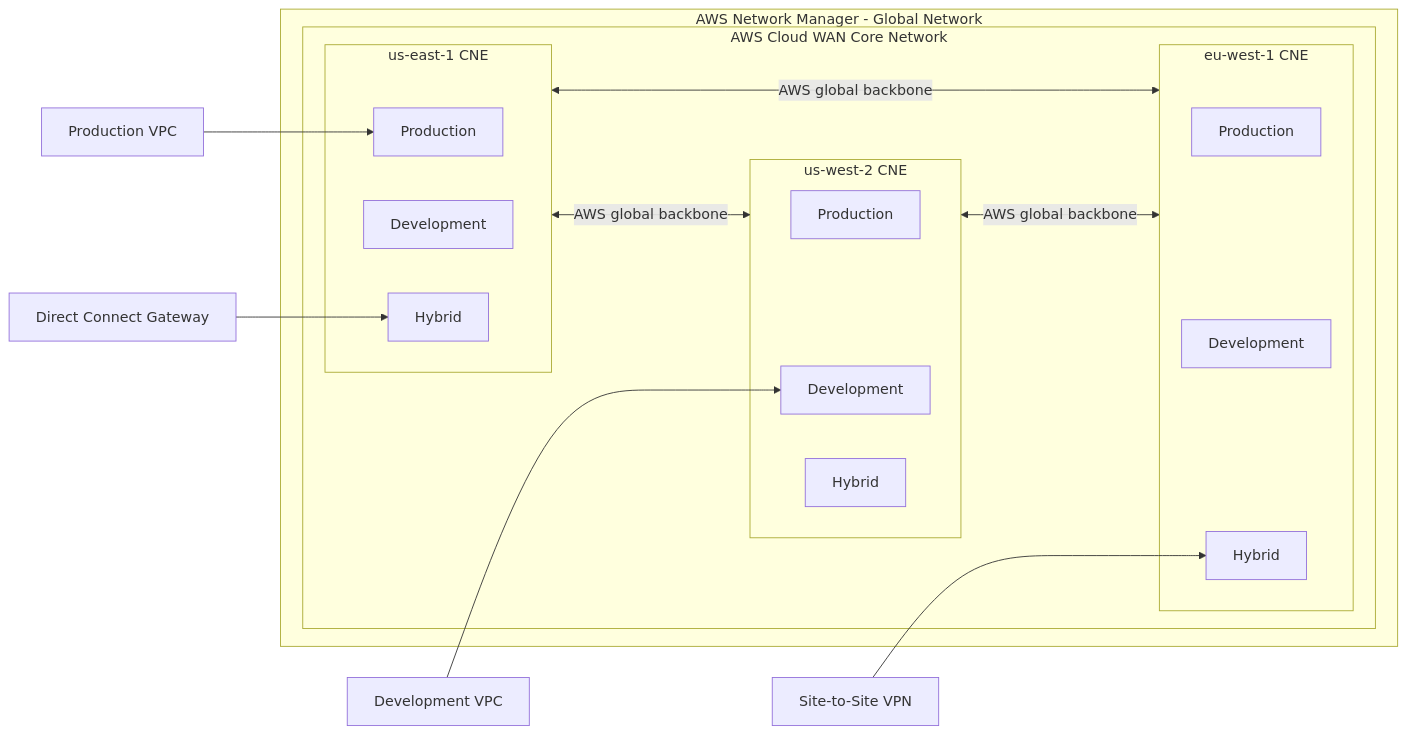
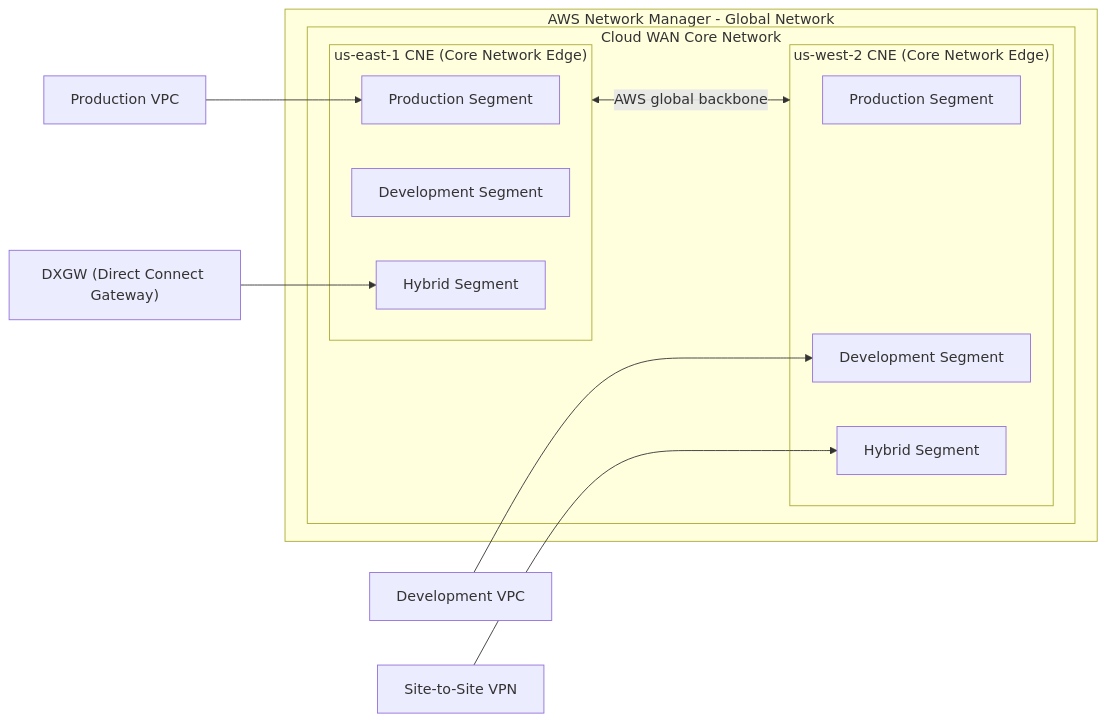
The first of 9 diagrams in 09-05-26-09-57_AWS_Cloud_WAN_Comprehensive_Study_Guide.md (ccaiccie/knowledge), drawn with Mermaid before and after one commit. The commit also changed other lines of this file, not shown here.

Commit message:
Clarify AWS Cloud WAN acronyms and terminology

````diff
--- a/09-05-26-09-57_AWS_Cloud_WAN_Comprehensive_Study_Guide.md
+++ b/09-05-26-09-57_AWS_Cloud_WAN_Comprehensive_Study_Guide.md
@@ -109,33 +149,25 @@
 ```mermaid
 flowchart LR
     subgraph GN["AWS Network Manager - Global Network"]
-      subgraph CN["AWS Cloud WAN Core Network"]
-        subgraph E1["us-east-1 CNE"]
-          P1["Production"]
-          D1["Development"]
-          H1["Hybrid"]
+      subgraph CN["Cloud WAN Core Network"]
+        subgraph E1["us-east-1 CNE (Core Network Edge)"]
+          P1["Production Segment"]
+          D1["Development Segment"]
+          H1["Hybrid Segment"]
         end
 
-        subgraph E2["us-west-2 CNE"]
-          P2["Production"]
-          D2["Development"]
-          H2["Hybrid"]
-        end
-
-        subgraph E3["eu-west-1 CNE"]
-          P3["Production"]
-          D3["Development"]
-          H3["Hybrid"]
+        subgraph E2["us-west-2 CNE (Core Network Edge)"]
+          P2["Production Segment"]
+          D2["Development Segment"]
+          H2["Hybrid Segment"]
         end
 
         E1 <-- AWS global backbone --> E2
-        E2 <-- AWS global backbone --> E3
-        E1 <-- AWS global backbone --> E3
       end
     end
 
     VPC1["Production VPC"] --> P1
     VPC2["Development VPC"] --> D2
-    DX["Direct Connect Gateway"] --> H1
-    VPN["Site-to-Site VPN"] --> H3
+    DX["DXGW (Direct Connect Gateway)"] --> H1
+    VPN["Site-to-Site VPN"] --> H2
 ```
````
